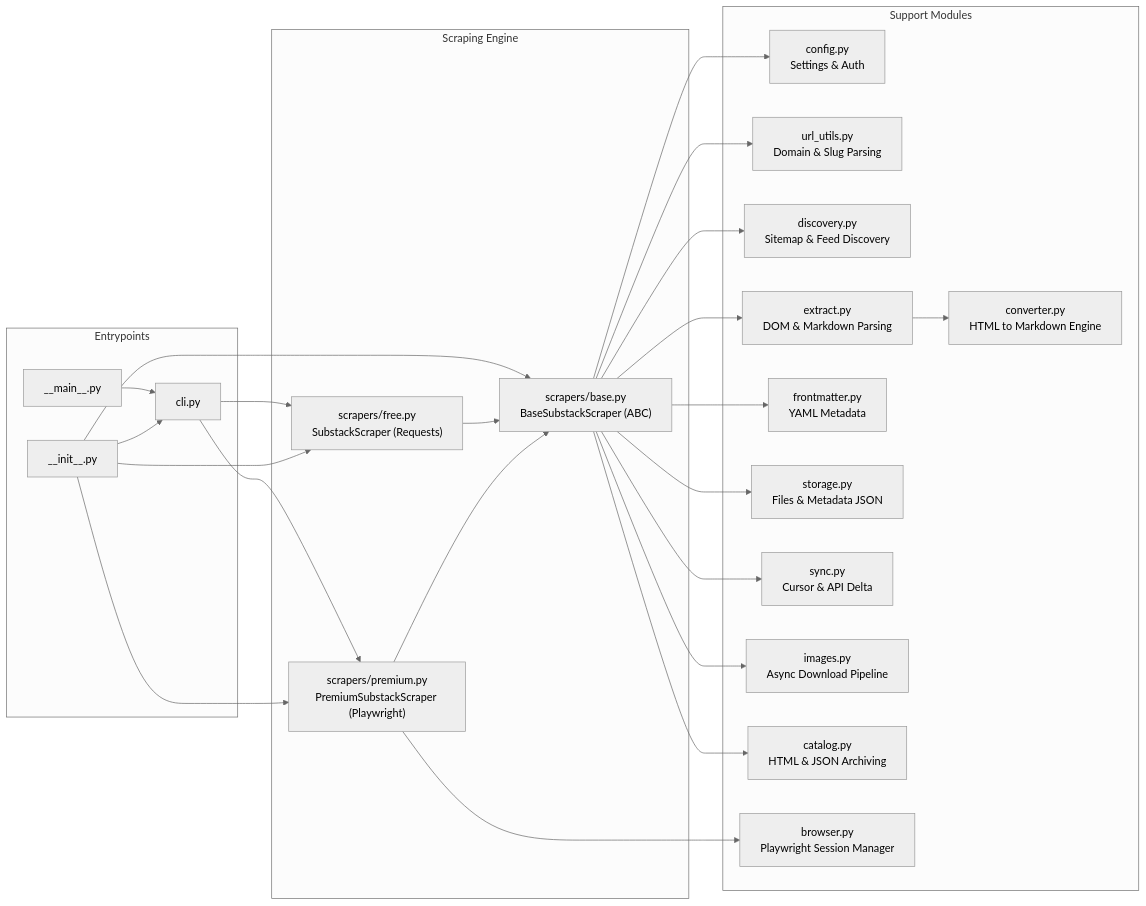
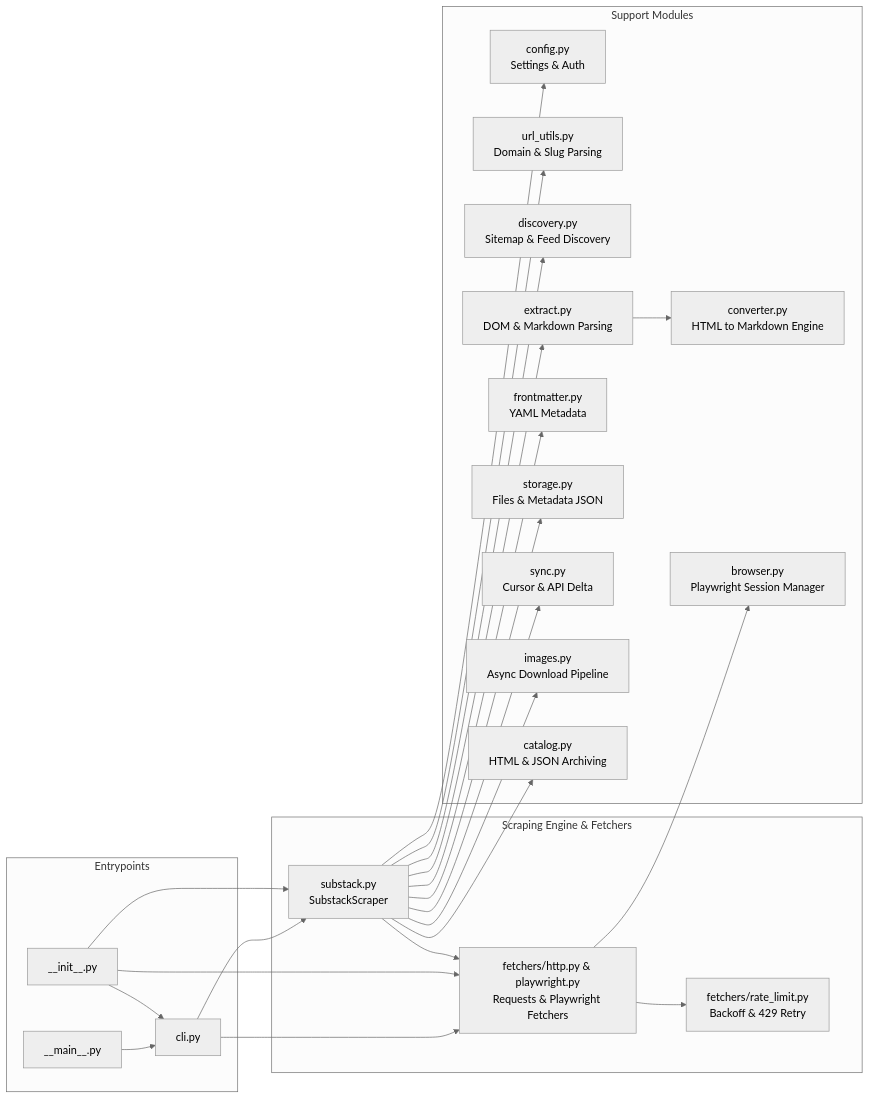
Before and after one commit to 0xfchen/SubstackAtelier: the second of 2 diagrams in AGENTS.md, drawn with Mermaid (neutral theme). The commit also changed other lines of this file and 18 other files, not shown here.

Commit message:
refactor: replace scraper inheritance with injectable page fetchers

````diff
--- a/AGENTS.md
+++ b/AGENTS.md
@@ -56,39 +61,39 @@
 ```mermaid
 flowchart LR
     subgraph Entrypoints ["Entrypoints"]
         main["__main__.py"]
         cli["cli.py"]
         init["__init__.py"]
     end
 
-    subgraph CoreEngine ["Scraping Engine"]
-        base["scrapers/base.py<br/>BaseSubstackScraper (ABC)"]
-        free["scrapers/free.py<br/>SubstackScraper (Requests)"]
-        prem["scrapers/premium.py<br/>PremiumSubstackScraper (Playwright)"]
+    subgraph CoreEngine ["Scraping Engine & Fetchers"]
+        scrp["substack.py<br/>SubstackScraper"]
+        ftch["fetchers/http.py & playwright.py<br/>Requests & Playwright Fetchers"]
+        rlmt["fetchers/rate_limit.py<br/>Backoff & 429 Retry"]
     end
 
     subgraph Services ["Support Modules"]
         cfg["config.py<br/>Settings & Auth"]
         url["url_utils.py<br/>Domain & Slug Parsing"]
         dsc["discovery.py<br/>Sitemap & Feed Discovery"]
         ext["extract.py<br/>DOM & Markdown Parsing"]
         fmt["frontmatter.py<br/>YAML Metadata"]
         strg["storage.py<br/>Files & Metadata JSON"]
         snc["sync.py<br/>Cursor & API Delta"]
         cnv["converter.py<br/>HTML to Markdown Engine"]
         img["images.py<br/>Async Download Pipeline"]
         cat["catalog.py<br/>HTML & JSON Archiving"]
         brw["browser.py<br/>Playwright Session Manager"]
     end
 
     main --> cli
-    cli --> free & prem
-    init --> cli & base & free & prem
+    cli --> scrp & ftch
+    init --> cli & scrp & ftch
     
-    free --> base
-    prem --> base
+    scrp --> ftch
+    ftch --> rlmt
     
-    base --> cfg & url & dsc & ext & fmt & strg & snc & img & cat
+    scrp --> cfg & url & dsc & ext & fmt & strg & snc & img & cat
     ext --> cnv
-    prem --> brw
+    ftch --> brw
 ```
````
